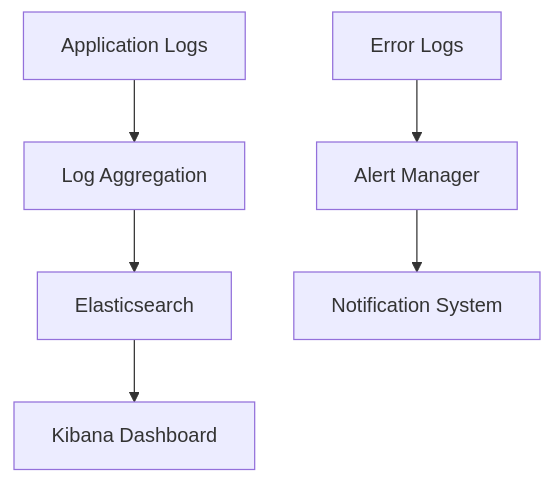
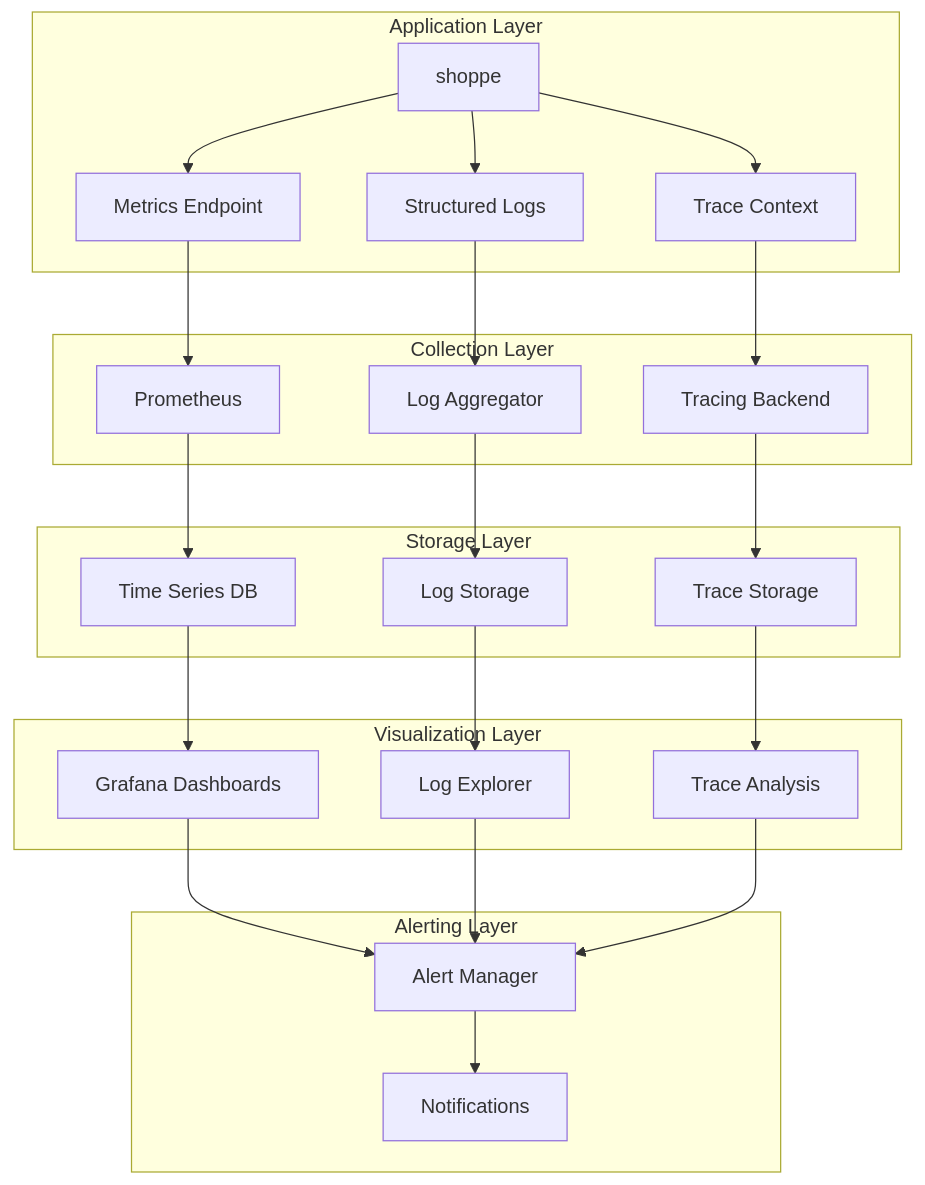
The diagram in docs/monitoring/tools-analysis.md (HimansuSaha/shoppe), drawn with Mermaid before and after one commit. The commit also changed other lines of this file and 9 other files, not shown here.

````diff
--- a/docs/monitoring/tools-analysis.md
+++ b/docs/monitoring/tools-analysis.md
@@ -31,8 +107,33 @@
 ```mermaid
 graph TD
-    A[Application Logs] --> B[Log Aggregation]
-    B --> C[Elasticsearch]
-    C --> D[Kibana Dashboard]
-    E[Error Logs] --> F[Alert Manager]
-    F --> G[Notification System]
+    subgraph "Application Layer"
+        A[shoppe] --> B[Metrics Endpoint]
+        A --> C[Structured Logs]
+        A --> D[Trace Context]
+    end
+    
+    subgraph "Collection Layer"
+        B --> E[Prometheus]
+        C --> F[Log Aggregator]
+        D --> G[Tracing Backend]
+    end
+    
+    subgraph "Storage Layer"
+        E --> H[Time Series DB]
+        F --> I[Log Storage]
+        G --> J[Trace Storage]
+    end
+    
+    subgraph "Visualization Layer"
+        H --> K[Grafana Dashboards]
+        I --> L[Log Explorer]
+        J --> M[Trace Analysis]
+    end
+    
+    subgraph "Alerting Layer"
+        K --> N[Alert Manager]
+        L --> N
+        M --> N
+        N --> O[Notifications]
+    end
 ```
````
